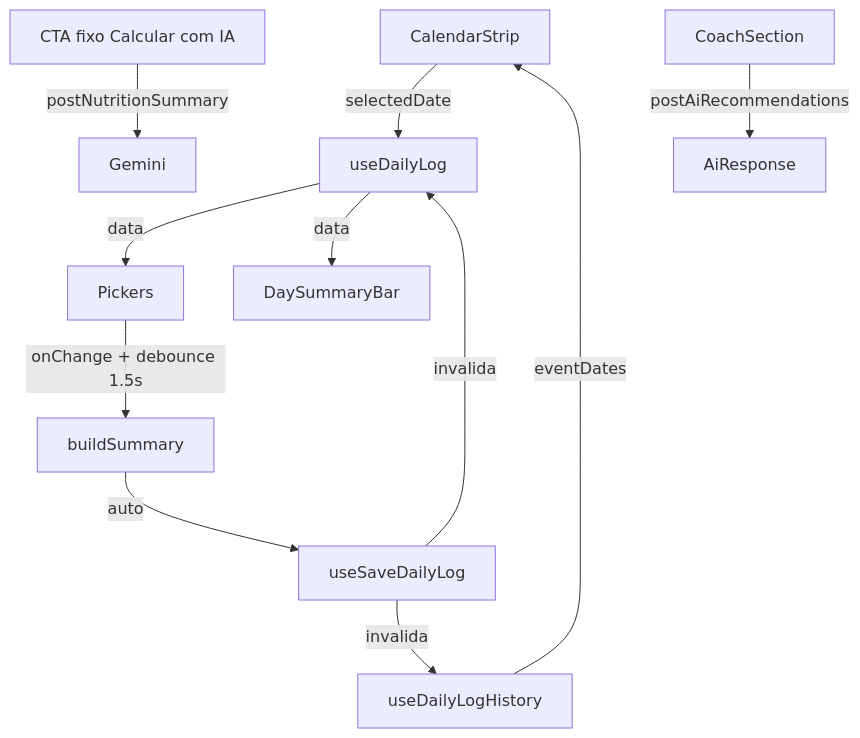
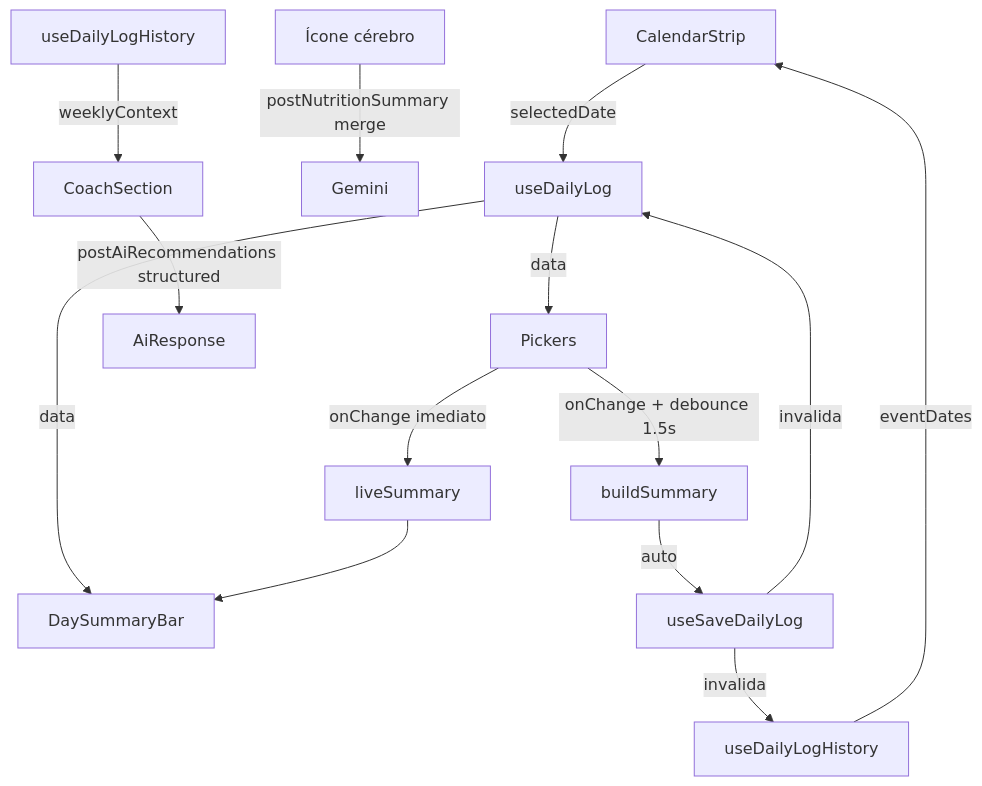
One commit to CRIZANTE1/NTRSL_AI changed the diagram in docs/UX_SEU_DIA.md. Above: the diagram before and after it, drawn with Mermaid. The commit also changed other lines of this file and 40 other files, not shown here.

````diff
--- a/docs/UX_SEU_DIA.md
+++ b/docs/UX_SEU_DIA.md
@@ -39,13 +39,16 @@
 ```mermaid
 flowchart TD
     CalStrip[CalendarStrip] -->|selectedDate| useDailyLog
     useDailyLog -->|data| Pickers
     useDailyLog -->|data| DaySummaryBar
     Pickers -->|onChange + debounce 1.5s| buildSummary
+    Pickers -->|onChange imediato| liveSummary[liveSummary]
+    liveSummary --> DaySummaryBar
     buildSummary -->|auto| useSaveDailyLog
     useSaveDailyLog -->|invalida| useDailyLog
     useSaveDailyLog -->|invalida| useDailyLogHistory
     useDailyLogHistory -->|eventDates| CalStrip
-    CTA[CTA fixo Calcular com IA] -->|postNutritionSummary| Gemini
-    CoachSection -->|postAiRecommendations| AiResponse
+    BrainIcon[Ícone cérebro] -->|postNutritionSummary merge| Gemini
+    History[useDailyLogHistory] -->|weeklyContext| CoachSection
+    CoachSection -->|postAiRecommendations structured| AiResponse
 ```
````
